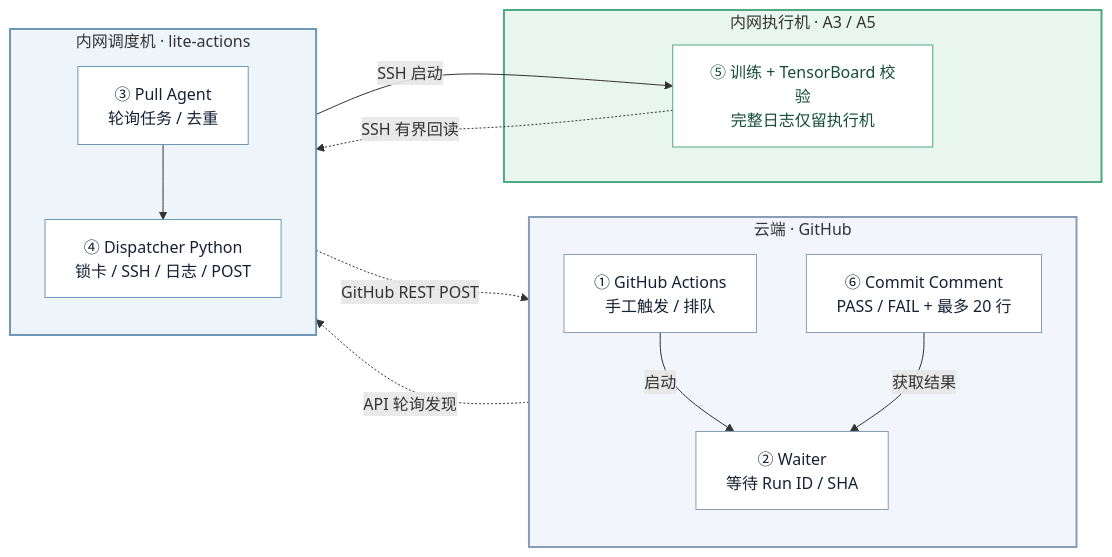
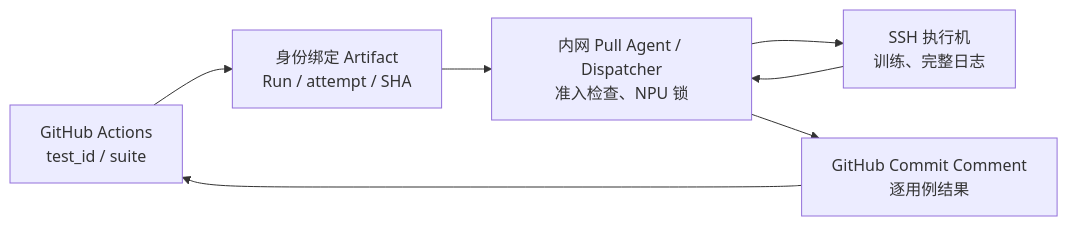
One commit to depeng1994/lite-actions changed the diagram in README.md. Above: the diagram before and after it, drawn with Mermaid. The commit also changed other lines of this file, not shown here.

Commit message:
docs(lite-actions): concise user and testcase developer guide

````diff
--- a/README.md
+++ b/README.md
@@ -30,37 +69,9 @@
 ```mermaid
 flowchart LR
-    subgraph GH["云端 · GitHub"]
-        direction TB
-        W["① GitHub Actions<br/>手工触发 / 排队"]
-        H["② Waiter<br/>等待 Run ID / SHA"]
-        C["⑥ Commit Comment<br/>PASS / FAIL + 最多 20 行"]
-        W -->|"启动"| H
-        C -->|"获取结果"| H
-    end
-
-    subgraph DIS["内网调度机 · lite-actions"]
-        direction TB
-        A["③ Pull Agent<br/>轮询任务 / 去重"]
-        D["④ Dispatcher Python<br/>锁卡 / SSH / 日志 / POST"]
-        A --> D
-    end
-
-    subgraph EX["内网执行机 · A3 / A5"]
-        X["⑤ 训练 + TensorBoard 校验<br/>完整日志仅留执行机"]
-    end
-
-    W -.->|"API 轮询发现"| A
-    D -->|"SSH 启动"| X
-    X -.->|"SSH 有界回读"| D
-    D -.->|"GitHub REST POST"| C
-
-    style GH fill:#f2f5fb,stroke:#899db7,stroke-width:2px
-    style DIS fill:#edf5fb,stroke:#6d98ba,stroke-width:2px
-    style EX fill:#e8f6ef,stroke:#4eaa82,stroke-width:2px
-    classDef cloud fill:#ffffff,stroke:#899db7,color:#172033
-    classDef dispatch fill:#ffffff,stroke:#6d98ba,color:#172033
-    classDef execution fill:#ffffff,stroke:#4eaa82,color:#164e3b
-    class W,H,C cloud
-    class A,D dispatch
-    class X execution
+  GH["GitHub Actions<br/>test_id / suite"] --> A["身份绑定 Artifact<br/>Run / attempt / SHA"]
+  A --> D["内网 Pull Agent / Dispatcher<br/>准入检查、NPU 锁"]
+  D --> N["SSH 执行机<br/>训练、完整日志"]
+  N --> D
+  D --> C["GitHub Commit Comment<br/>逐用例结果"]
+  C --> GH
 ```
````
